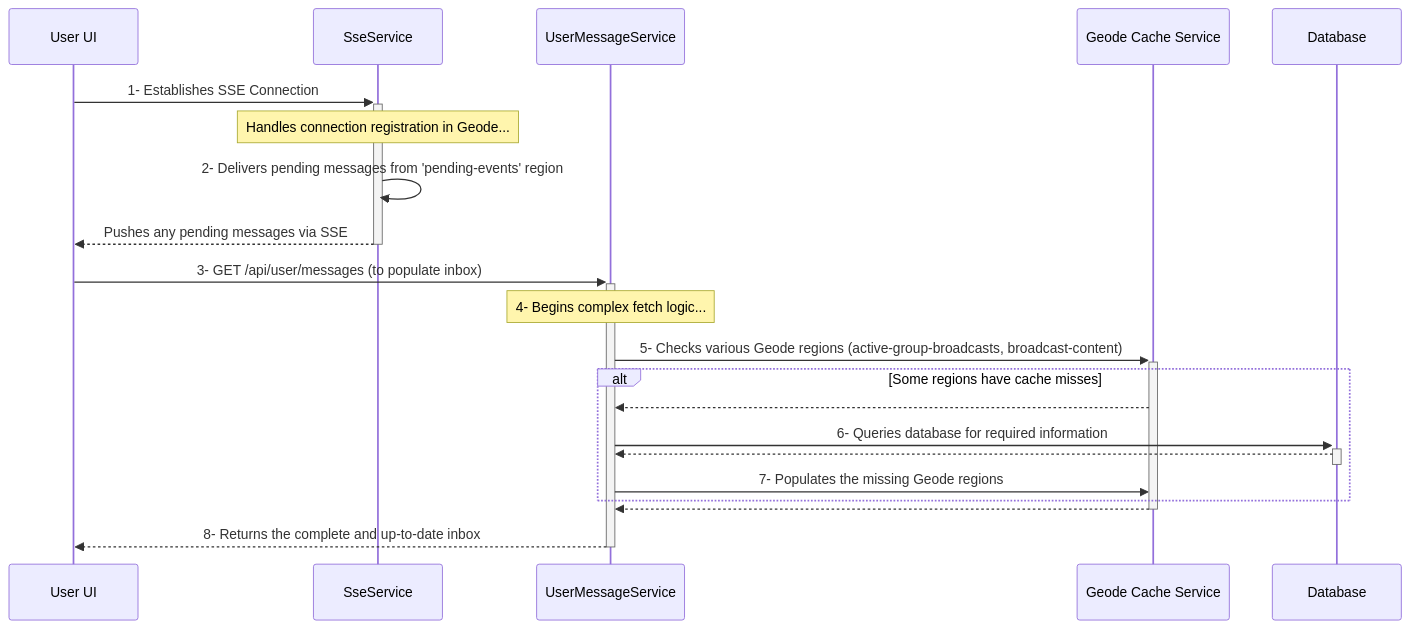
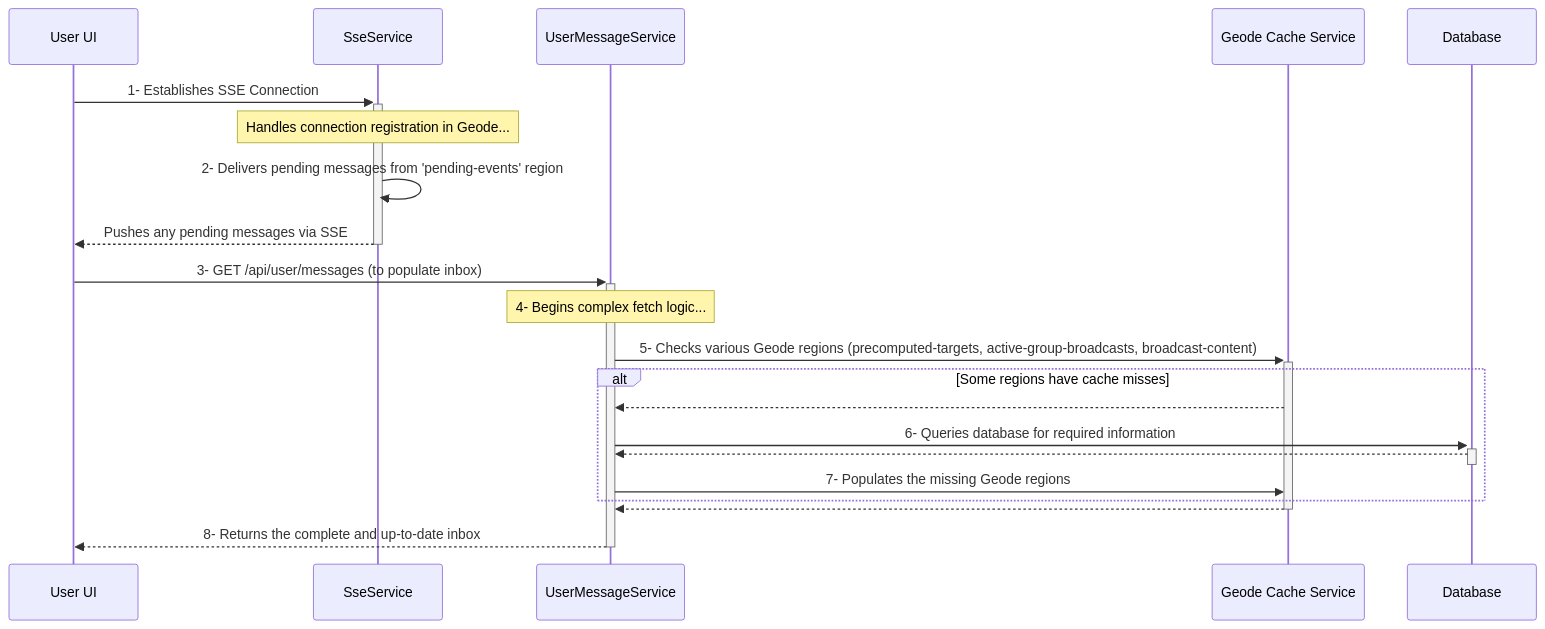
The diagram in MermaidDiagrams/graph-active-group-inbox.mmd (rsrini7/Notification-SSE-GLM-Flux), drawn with Mermaid before and after one commit. The commit also changed 10 other files, not shown here.

First line of the commit message:
feat(broadcast): add precomputed targets cache for broadcasts

```diff
--- a/MermaidDiagrams/graph-active-group-inbox.mmd
+++ b/MermaidDiagrams/graph-active-group-inbox.mmd
@@ -1,23 +1,23 @@
 sequenceDiagram
     participant UserUI as User UI
     participant SseSvc as SseService
     participant UserMsgSvc as UserMessageService
     participant GeodeCache as Geode Cache Service
     participant DB as Database
 
     UserUI->>+SseSvc: 1- Establishes SSE Connection
     Note over SseSvc: Handles connection registration in Geode...
     SseSvc->>SseSvc: 2- Delivers pending messages from 'pending-events' region
     SseSvc-->>-UserUI: Pushes any pending messages via SSE
     
     UserUI->>+UserMsgSvc: 3- GET /api/user/messages (to populate inbox)
     Note over UserMsgSvc: 4- Begins complex fetch logic...
-    UserMsgSvc->>+GeodeCache: 5- Checks various Geode regions (active-group-broadcasts, broadcast-content)
+    UserMsgSvc->>+GeodeCache: 5- Checks various Geode regions (precomputed-targets, active-group-broadcasts, broadcast-content)
     alt Some regions have cache misses
         GeodeCache-->>UserMsgSvc: 
         UserMsgSvc->>+DB: 6- Queries database for required information
         DB-->>-UserMsgSvc: 
         UserMsgSvc->>GeodeCache: 7- Populates the missing Geode regions
     end
     GeodeCache-->>-UserMsgSvc: 
     UserMsgSvc-->>-UserUI: 8- Returns the complete and up-to-date inbox
```
